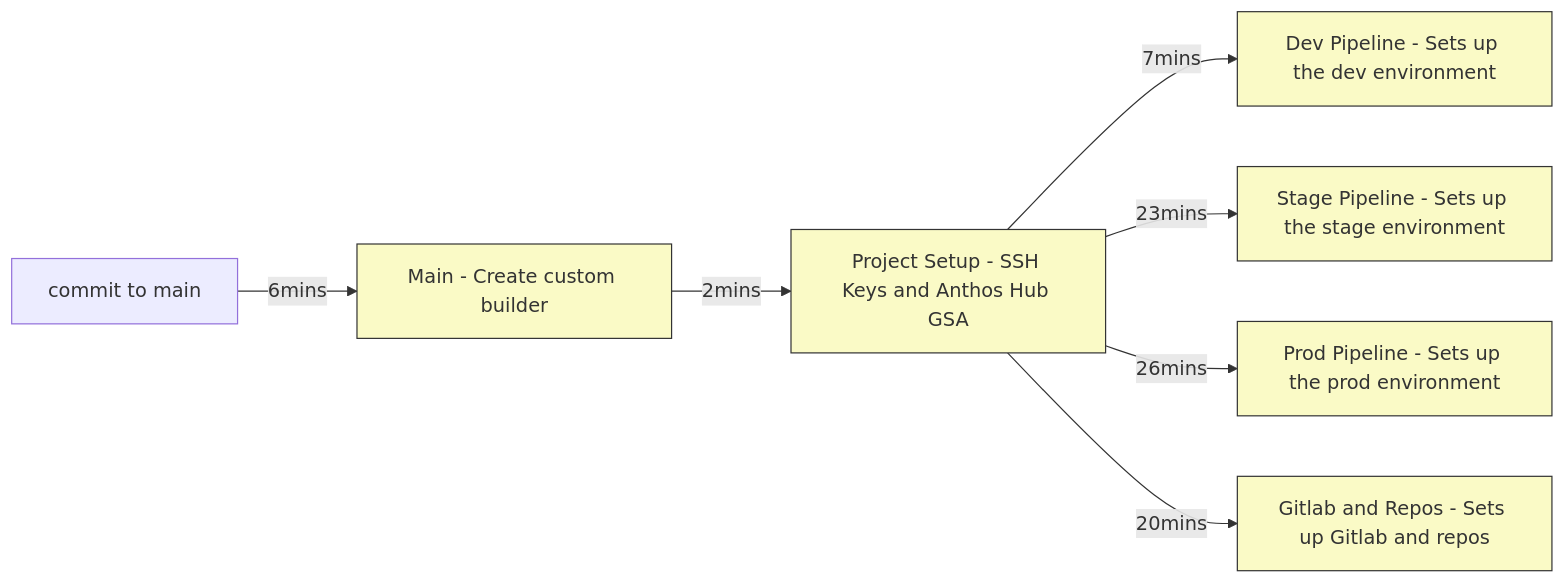
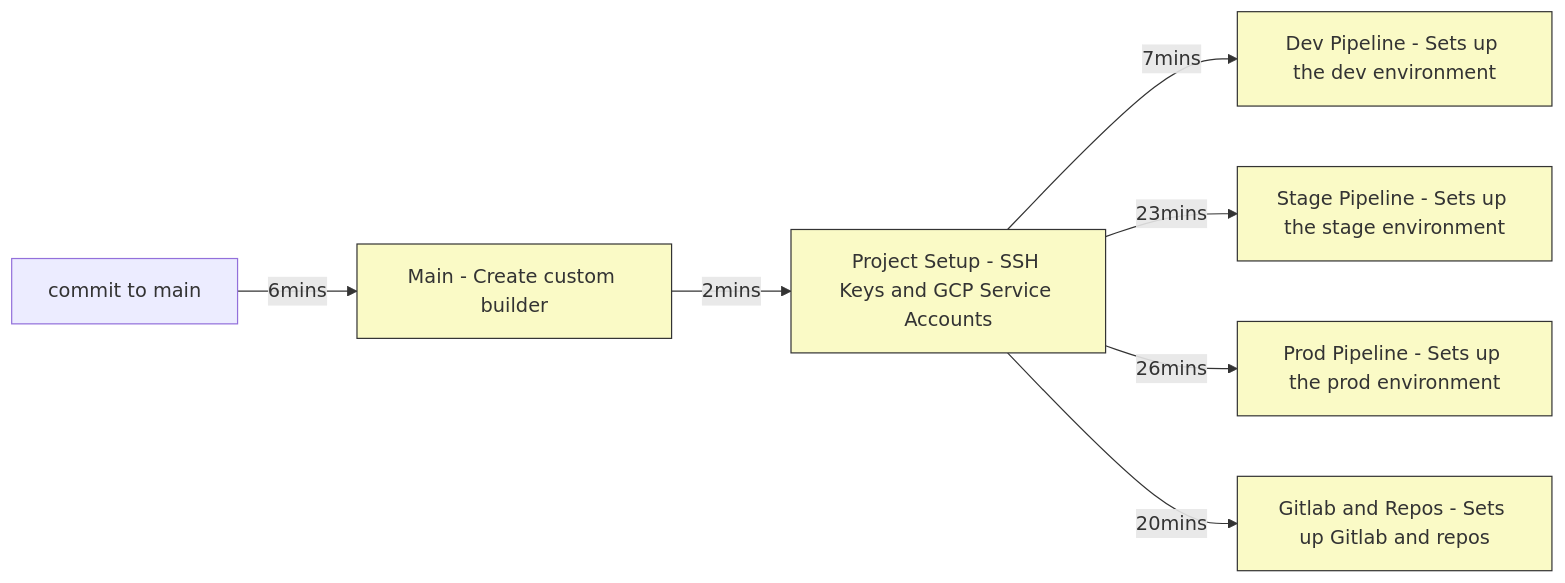
Before and after one commit to swalker-sada/anthos-practice: the second of 3 diagrams in README.md, drawn with Mermaid. The commit also changed other lines of this file and 1602 other files, not shown here.

````diff
--- a/README.md
+++ b/README.md
@@ -193,13 +199,13 @@
 ```mermaid
 %%{init: { 'theme': 'default' } }%%
 graph LR
 classDef pipeline fill:#FAFAC6,stroke:#333;
 
-commit[commit to main] -->|6mins|Main[Main - Create custom builder] -->|2mins| Project_Setup[Project Setup - SSH Keys and Anthos Hub GSA]
+commit[commit to main] -->|6mins|Main[Main - Create custom builder] -->|2mins| Project_Setup[Project Setup - SSH Keys and GCP Service Accounts]
 Project_Setup -->|7mins| Dev[Dev Pipeline - Sets up the dev environment]
 Project_Setup --> |23mins|Stage[Stage Pipeline - Sets up the stage environment]
 Project_Setup -->|26mins| Prod[Prod Pipeline - Sets up the prod environment]
 Project_Setup -->|20mins| Gitlab[Gitlab and Repos - Sets up Gitlab and repos]
 
 class Main,Project_Setup,Dev,Stage,Prod,Gitlab pipeline;
 ```
````
